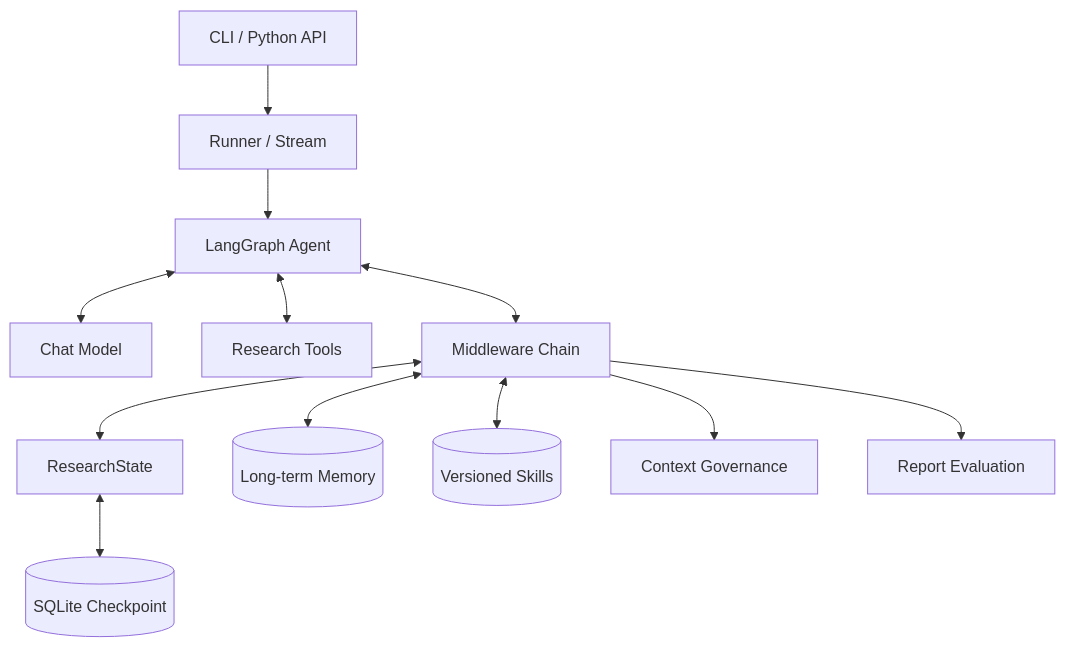
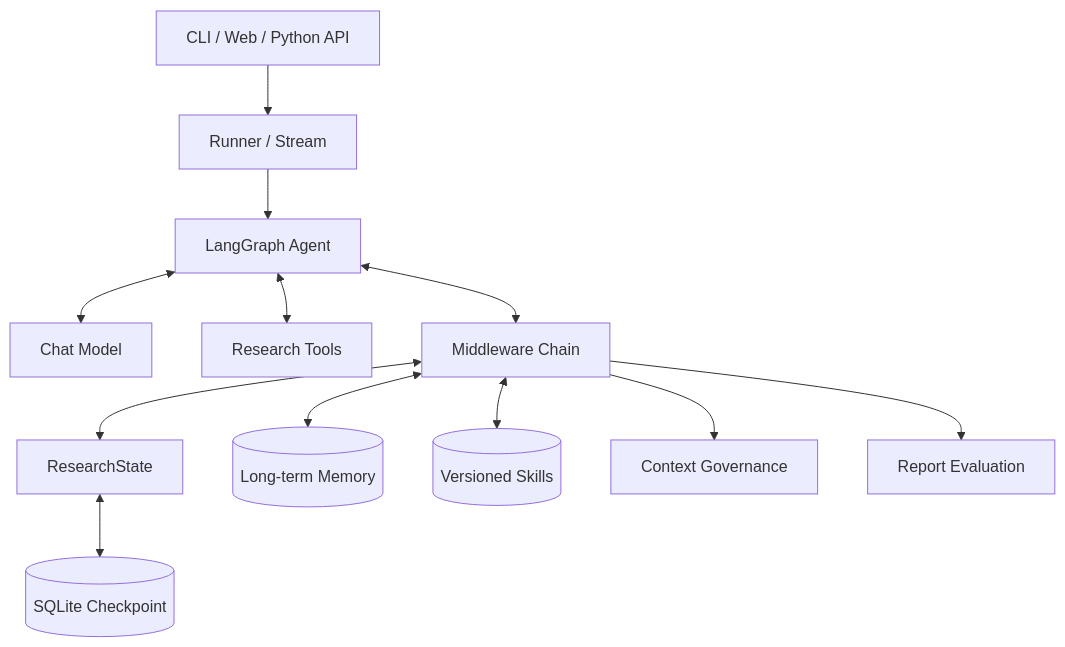
One commit to 1612535983/deepreseach-learing changed the second of 2 diagrams in README.md. Above: the diagram before and after it, drawn with Mermaid. The commit also changed other lines of this file and 8 other files, not shown here.

````diff
--- a/README.md
+++ b/README.md
@@ -164,15 +194,15 @@
 ```mermaid
 flowchart TB
-    CLI[CLI / Python API] --> RUNNER[Runner / Stream]
+    ENTRY[CLI / Web / Python API] --> RUNNER[Runner / Stream]
     RUNNER --> GRAPH[LangGraph Agent]
     GRAPH <--> MODEL[Chat Model]
     GRAPH <--> TOOLS[Research Tools]
     GRAPH <--> MW[Middleware Chain]
 
     MW <--> STATE[ResearchState]
     STATE <--> CHECKPOINT[(SQLite Checkpoint)]
     MW <--> MEMORY[(Long-term Memory)]
     MW <--> SKILL[(Versioned Skills)]
     MW --> CONTEXT[Context Governance]
     MW --> EVAL[Report Evaluation]
 ```
````
